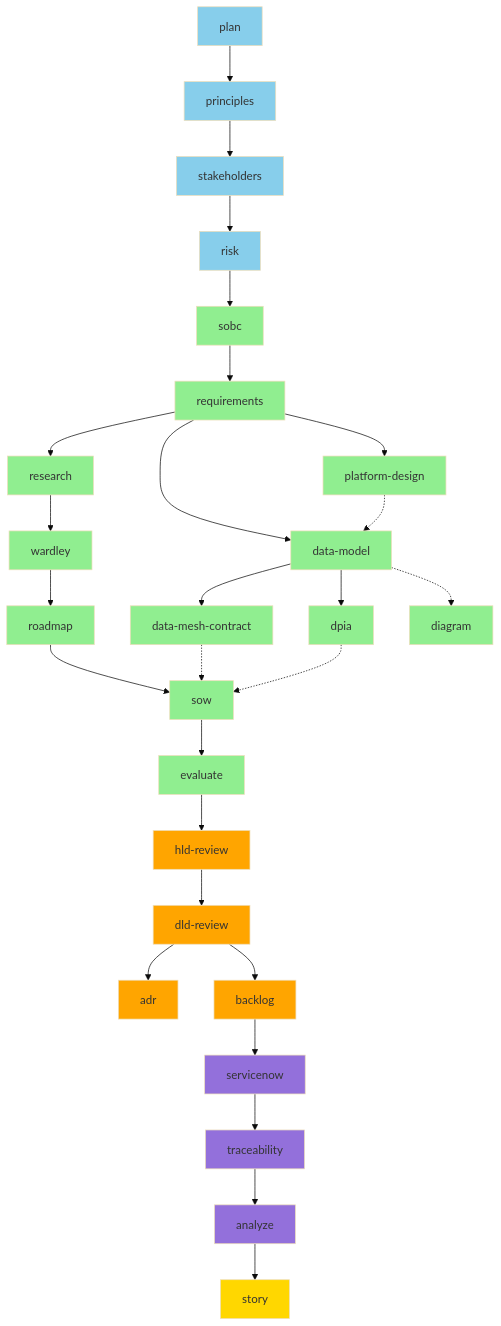
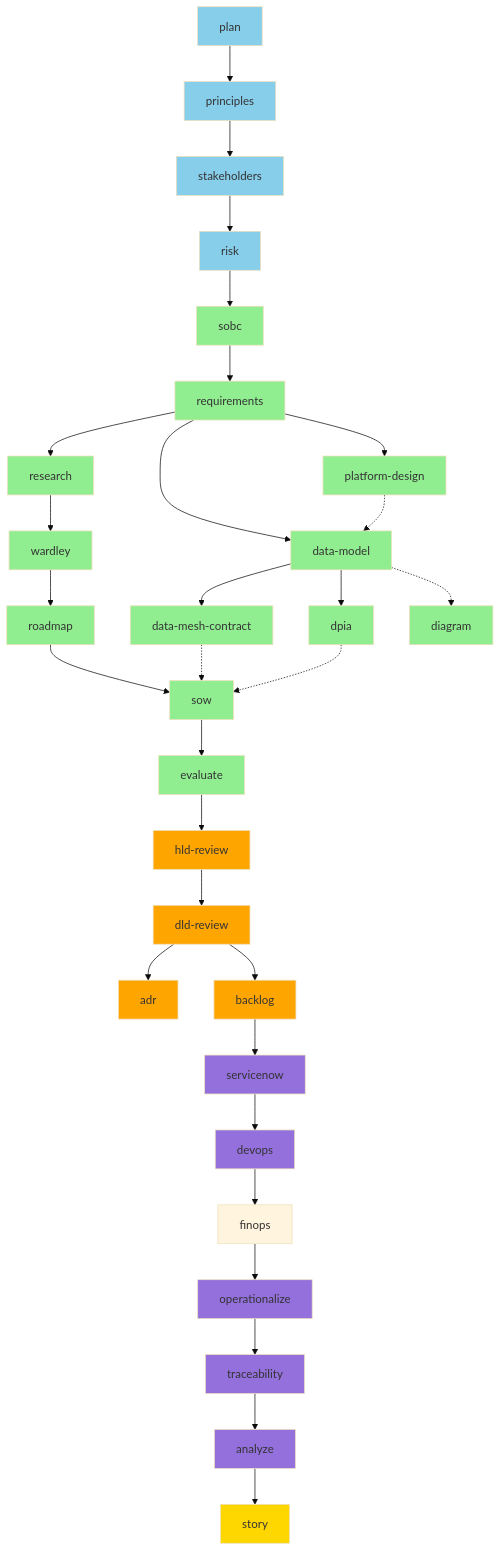
Before and after one commit to tractorjuice/arckit-test-project-v11-national-highways-data: the first of 9 diagrams in WORKFLOW-DIAGRAMS.md, drawn with Mermaid (base theme). The commit also changed other lines of this file and 5 other files, not shown here.

````diff
--- a/WORKFLOW-DIAGRAMS.md
+++ b/WORKFLOW-DIAGRAMS.md
@@ -21,69 +21,74 @@
 ```mermaid
 graph TD
     %% Tier 0-1: Foundation
     A[plan] --> B[principles]
     B --> C[stakeholders]
     C --> D[risk]
 
     %% Tier 2-3: Business Case & Requirements
     D --> E[sobc]
     E --> F[requirements]
 
     %% Tier 4: Strategy & Design
     F --> G[platform-design]
     F --> H[data-model]
     G -.-> H
     H --> I[data-mesh-contract]
     H --> J[dpia]
     F --> K[research]
     K --> L[wardley]
     L --> M[roadmap]
     H -.-> N[diagram]
 
     %% Tier 5: Procurement
     M --> O[sow]
     I -.-> O
     J -.-> O
     O --> P[evaluate]
 
     %% Tier 6: Design Reviews
     P --> Q[hld-review]
     Q --> R[dld-review]
     R --> S[adr]
 
     %% Tier 7: Implementation
     R --> T[backlog]
 
     %% Tier 8-9: Operations & Quality
     T --> U[servicenow]
-    U --> V[traceability]
+    U --> U1[devops]
+    U1 --> U1a[finops]
+    U1a --> U2[operationalize]
+    U2 --> V[traceability]
     V --> W[analyze]
 
     %% Tier 11: Reporting
     W --> X[story]
 
     style A fill:#87CEEB
     style B fill:#87CEEB
     style C fill:#87CEEB
     style D fill:#87CEEB
     style E fill:#90EE90
     style F fill:#90EE90
     style G fill:#90EE90
     style H fill:#90EE90
     style I fill:#90EE90
     style J fill:#90EE90
     style K fill:#90EE90
     style L fill:#90EE90
     style M fill:#90EE90
     style N fill:#90EE90
     style O fill:#90EE90
     style P fill:#90EE90
     style Q fill:#FFA500
     style R fill:#FFA500
     style S fill:#FFA500
     style T fill:#FFA500
     style U fill:#9370DB
+    style U1 fill:#9370DB
+    style U2 fill:#9370DB
     style V fill:#9370DB
     style W fill:#9370DB
     style X fill:#FFD700
 ```
````
